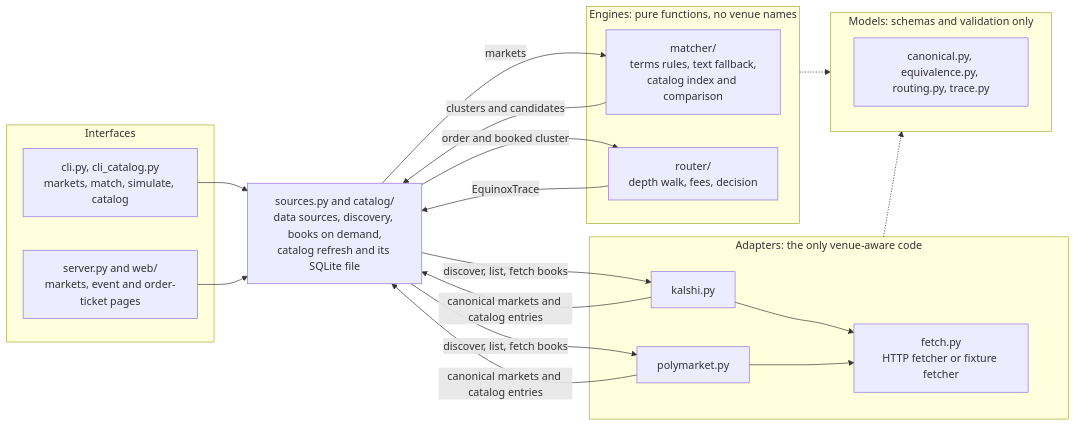
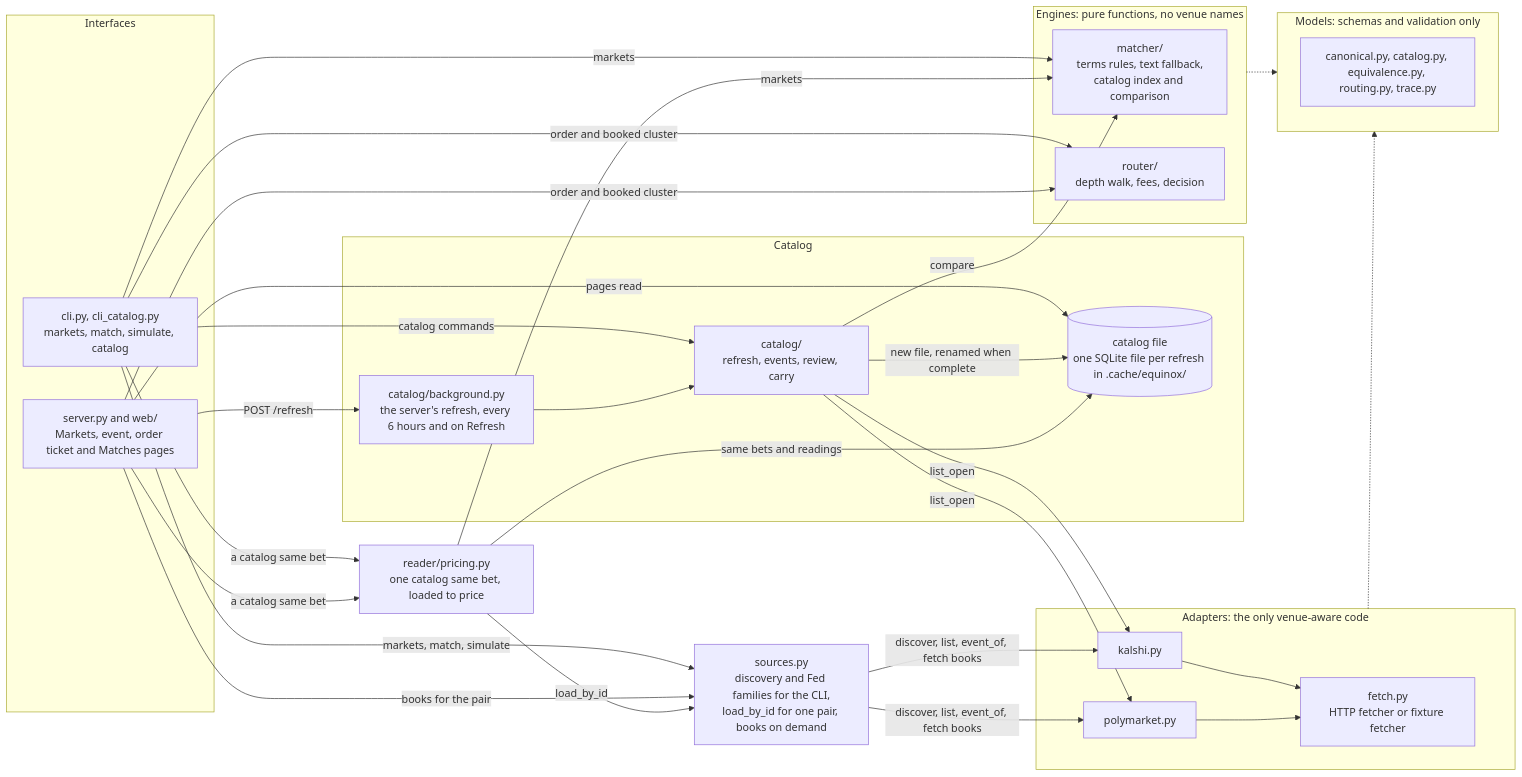
Before and after one commit to joshuatagoe/project-equinox: the first of 3 diagrams in docs/architecture.md, drawn with Mermaid. The commit also changed other lines of this file and 19 other files, not shown here.

First line of the commit message:
docs: bring every doc up to date with feat-14; Matches actions in one row.

````diff
--- a/docs/architecture.md
+++ b/docs/architecture.md
@@ -69,30 +71,44 @@
 ```mermaid
 flowchart LR
     subgraph IN["Interfaces"]
         CLI["cli.py, cli_catalog.py<br/>markets, match, simulate, catalog"]
-        UI["server.py and web/<br/>markets, event and order-ticket pages"]
+        UI["server.py and web/<br/>Markets, event, order ticket and Matches pages"]
     end
-    SRC["sources.py and catalog/<br/>data sources, discovery, books on demand,<br/>catalog refresh and its SQLite file"]
+    SRC["sources.py<br/>discovery and Fed families for the CLI,<br/>load_by_id for one pair, books on demand"]
+    PR["reader/pricing.py<br/>one catalog same bet, loaded to price"]
+    subgraph CA["Catalog"]
+        BG["catalog/background.py<br/>the server's refresh, every 6 hours and on Refresh"]
+        RF["catalog/<br/>refresh, events, review, carry"]
+        DB[("catalog file<br/>one SQLite file per refresh in .cache/equinox/")]
+    end
     subgraph AD["Adapters: the only venue-aware code"]
         K["kalshi.py"]
         P["polymarket.py"]
         F["fetch.py<br/>HTTP fetcher or fixture fetcher"]
     end
     subgraph EN["Engines: pure functions, no venue names"]
         MA["matcher/<br/>terms rules, text fallback,<br/>catalog index and comparison"]
         RO["router/<br/>depth walk, fees, decision"]
     end
     subgraph MO["Models: schemas and validation only"]
-        CM["canonical.py, equivalence.py, routing.py, trace.py"]
+        CM["canonical.py, catalog.py, equivalence.py, routing.py, trace.py"]
     end
-    CLI & UI --> SRC
-    SRC -->|discover, list, fetch books| K & P
+    CLI -->|markets, match, simulate| SRC
+    CLI -->|catalog commands| RF
+    CLI & UI -->|a catalog same bet| PR
+    UI -->|pages read| DB
+    UI -->|books for the pair| SRC
+    UI -->|POST /refresh| BG
+    BG --> RF
+    RF -->|list_open| K & P
+    RF -->|compare| MA
+    RF -->|new file, renamed when complete| DB
+    PR -->|same bets and readings| DB
+    PR -->|load_by_id| SRC
+    SRC -->|discover, list, event_of, fetch books| K & P
     K & P --> F
-    K & P -->|canonical markets and catalog entries| SRC
-    SRC -->|markets| MA
-    MA -->|clusters and candidates| SRC
-    SRC -->|order and booked cluster| RO
-    RO -->|EquinoxTrace| SRC
+    CLI & PR -->|markets| MA
+    CLI & UI -->|order and booked cluster| RO
     AD -.-> MO
     EN -.-> MO
 ```
````
